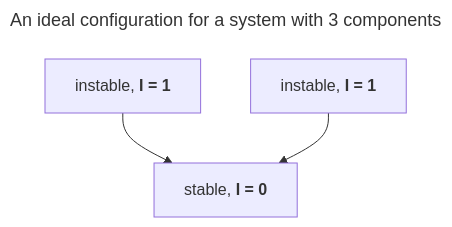
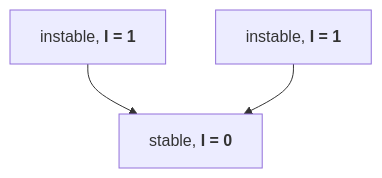
Before and after one commit to aleksandr-kiliushin/learning: the fifth of 6 diagrams in summaries/clean-architecture/index.md, drawn with Mermaid. The commit also changed other lines of this file, not shown here.

Commit message:
clean architecture: Edit CHAPTER 16: Remove titles from mermaid charts

````diff
--- a/summaries/clean-architecture/index.md
+++ b/summaries/clean-architecture/index.md
@@ -860,12 +851,9 @@
 ```mermaid
----
-title: An ideal configuration for a system with 3 components
----
 graph TD
   ComponentA[instable, <b>I = 1</b>]
   ComponentB[instable, <b>I = 1</b>]
   ComponentC[stable, <b>I = 0</b>]
 
   ComponentA-->ComponentC
   ComponentB-->ComponentC
 ```
````
